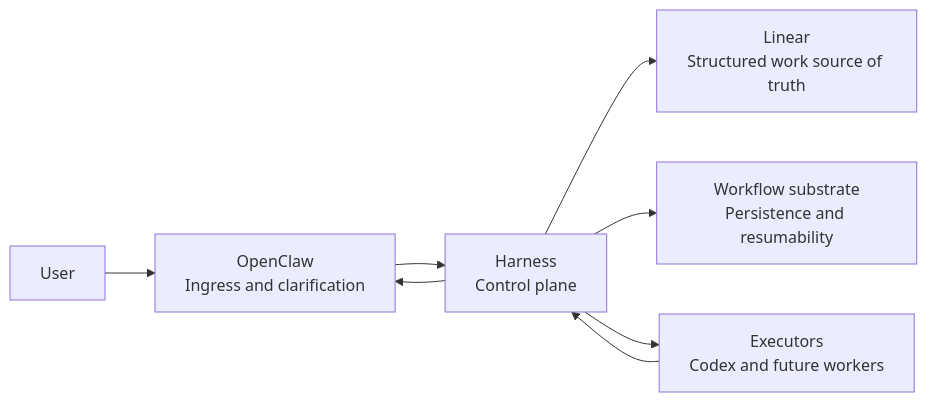
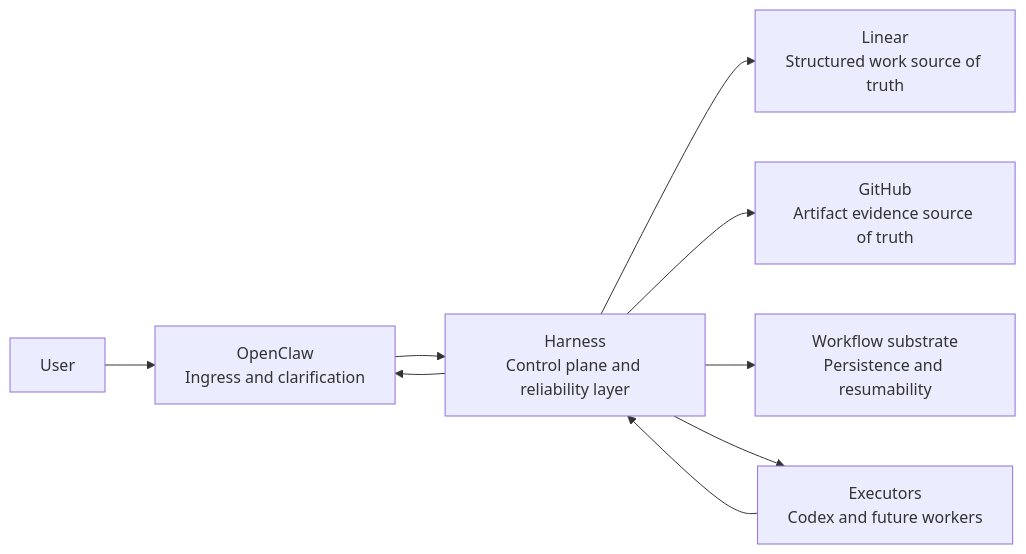
Before and after one commit to sfayka/Harness: the diagram in docs/architecture/system-context.md, drawn with Mermaid. The commit also changed other lines of this file and 10 other files, not shown here.

Commit message:
Reposition Harness around reliability guarantees

````diff
--- a/docs/architecture/system-context.md
+++ b/docs/architecture/system-context.md
@@ -21,10 +22,11 @@
 ```mermaid
 flowchart LR
     U["User"] --> O["OpenClaw\nIngress and clarification"]
-    O --> H["Harness\nControl plane"]
+    O --> H["Harness\nControl plane and reliability layer"]
     H --> L["Linear\nStructured work source of truth"]
+    H --> G["GitHub\nArtifact evidence source of truth"]
     H --> S["Workflow substrate\nPersistence and resumability"]
     H --> E["Executors\nCodex and future workers"]
     E --> H
     H --> O
 ```
````
